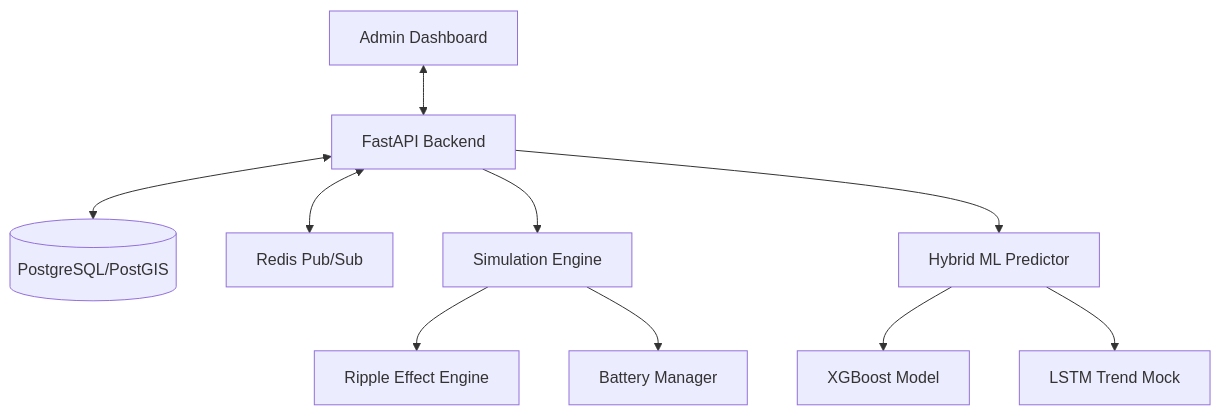
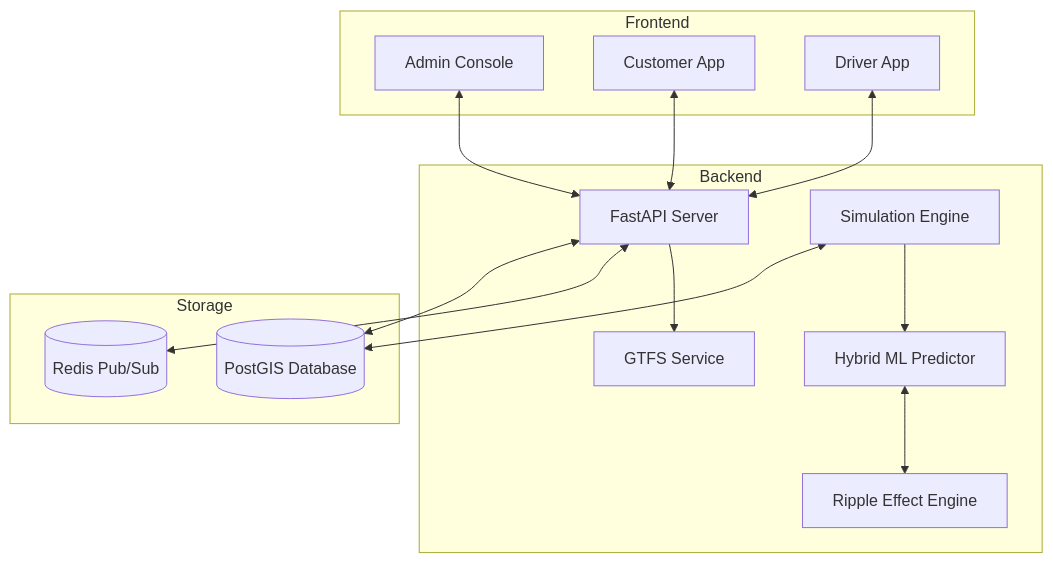
Before and after one commit to LucidStack-code/IGNISIA_1077: the first of 2 diagrams in README.md, drawn with Mermaid. The commit also changed other lines of this file, not shown here.

Commit message:
docs: finalize comprehensive README with tri-interface architecture and technical flows

````diff
--- a/README.md
+++ b/README.md
@@ -60,12 +73,31 @@
 ```mermaid
 graph TD
-    A[Admin Dashboard] <--> B[FastAPI Backend]
-    B <--> C[(PostgreSQL/PostGIS)]
-    B <--> D[Redis Pub/Sub]
-    B --> E[Simulation Engine]
-    E --> F[Ripple Effect Engine]
-    E --> G[Battery Manager]
-    B --> H[Hybrid ML Predictor]
-    H --> I[XGBoost Model]
-    H --> J[LSTM Trend Mock]
+    subgraph Frontend
+        A[Admin Console]
+        B[Customer App]
+        K[Driver App]
+    end
+
+    subgraph Backend
+        C[FastAPI Server]
+        D[Simulation Engine]
+        E[Ripple Effect Engine]
+        F[Hybrid ML Predictor]
+        L[GTFS Service]
+    end
+
+    subgraph Storage
+        G[(PostGIS Database)]
+        H[(Redis Pub/Sub)]
+    end
+
+    A <--> C
+    B <--> C
+    K <--> C
+    C <--> G
+    C <--> H
+    D <--> G
+    F <--> E
+    D --> F
+    C --> L
 ```
````
